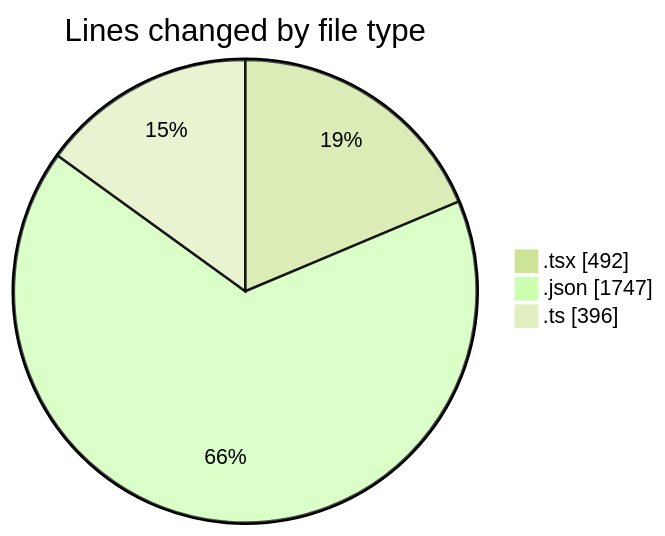
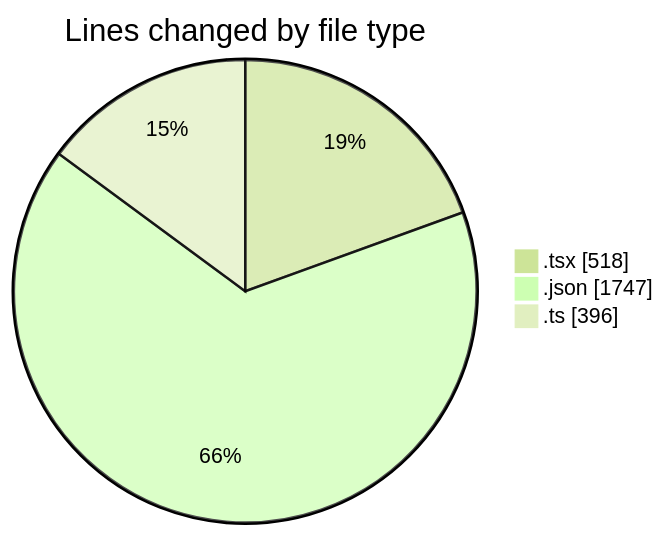
The first of 2 diagrams in 2025-10-30/eventscop-frontend-guide__workspace_/README.md (julien-gomy/code-tracking), drawn with Mermaid (forest theme) before and after one commit. The commit also changed other lines of this file and 1 other file, not shown here.

````diff
--- a/2025-10-30/eventscop-frontend-guide__workspace_/README.md
+++ b/2025-10-30/eventscop-frontend-guide__workspace_/README.md
@@ -29,7 +29,7 @@
 ```mermaid
 pie showData
 title Lines changed by file type
-".tsx" : 492
+".tsx" : 518
 ".json" : 1747
 ".ts" : 396
 ```
````
